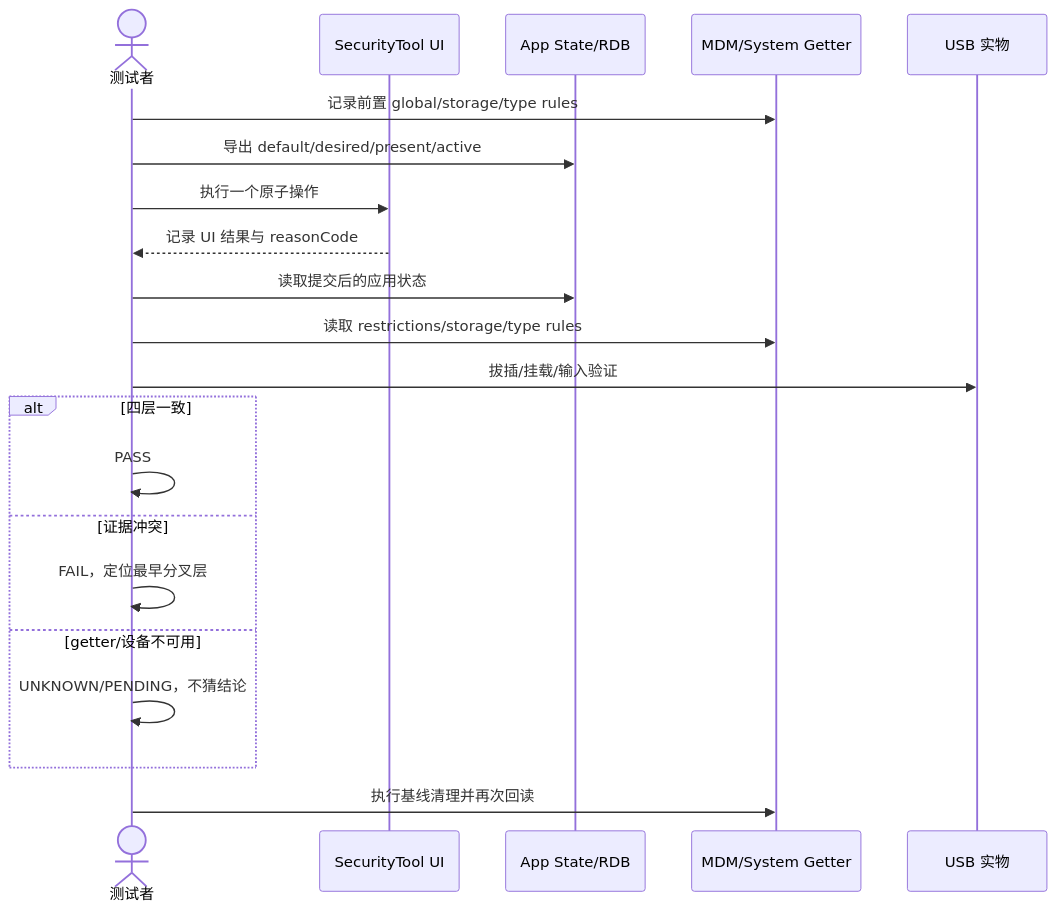
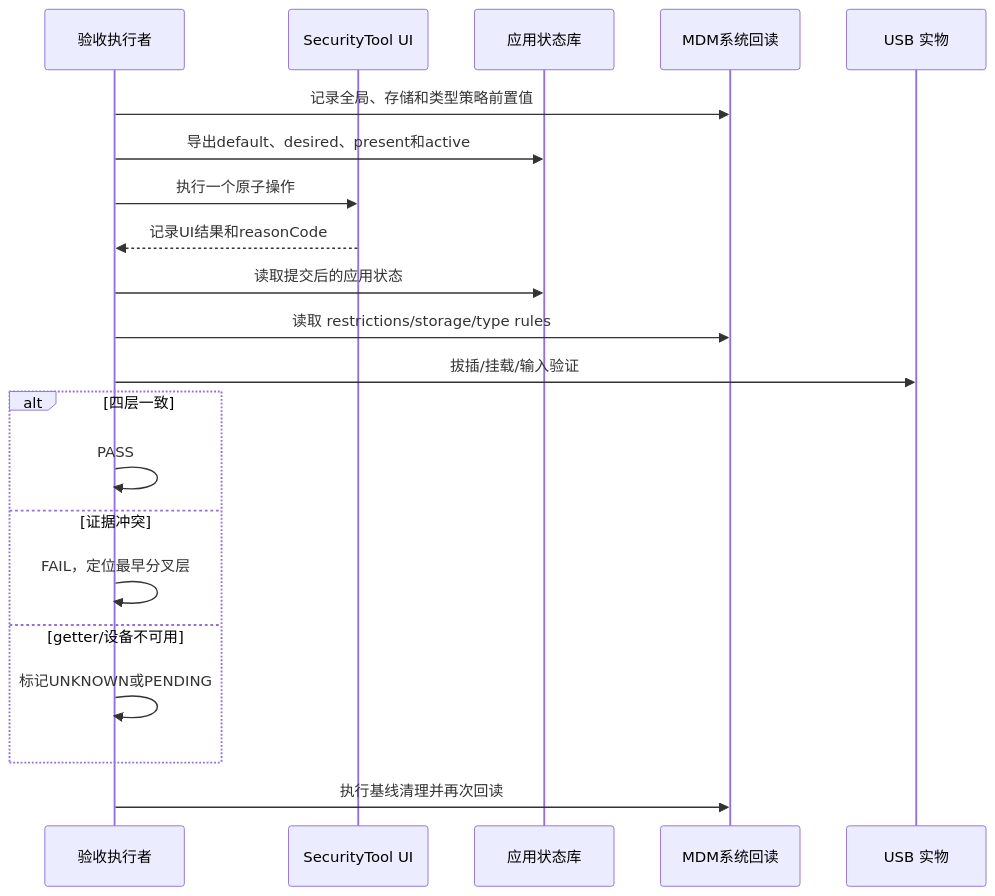
Before and after one commit to xiaomu120413/harmonyos-sdd-ralph-workshop: the diagram in case-materials/mdm/06-测试验收报告.md, drawn with Mermaid. The commit also changed other lines of this file and 7 other files, not shown here.

````diff
--- a/case-materials/mdm/06-测试验收报告.md
+++ b/case-materials/mdm/06-测试验收报告.md
@@ -184,24 +214,24 @@
 ```mermaid
 sequenceDiagram
-  actor T as 测试者
+  participant T as 验收执行者
   participant UI as SecurityTool UI
-  participant APP as App State/RDB
-  participant SYS as MDM/System Getter
+  participant APP as 应用状态库
+  participant SYS as MDM系统回读
   participant HW as USB 实物
 
-  T->>SYS: 记录前置 global/storage/type rules
-  T->>APP: 导出 default/desired/present/active
+  T->>SYS: 记录全局、存储和类型策略前置值
+  T->>APP: 导出default、desired、present和active
   T->>UI: 执行一个原子操作
-  UI-->>T: 记录 UI 结果与 reasonCode
+  UI-->>T: 记录UI结果和reasonCode
   T->>APP: 读取提交后的应用状态
   T->>SYS: 读取 restrictions/storage/type rules
   T->>HW: 拔插/挂载/输入验证
   alt 四层一致
     T->>T: PASS
   else 证据冲突
     T->>T: FAIL，定位最早分叉层
   else getter/设备不可用
-    T->>T: UNKNOWN/PENDING，不猜结论
+    T->>T: 标记UNKNOWN或PENDING
   end
   T->>SYS: 执行基线清理并再次回读
 ```
````
